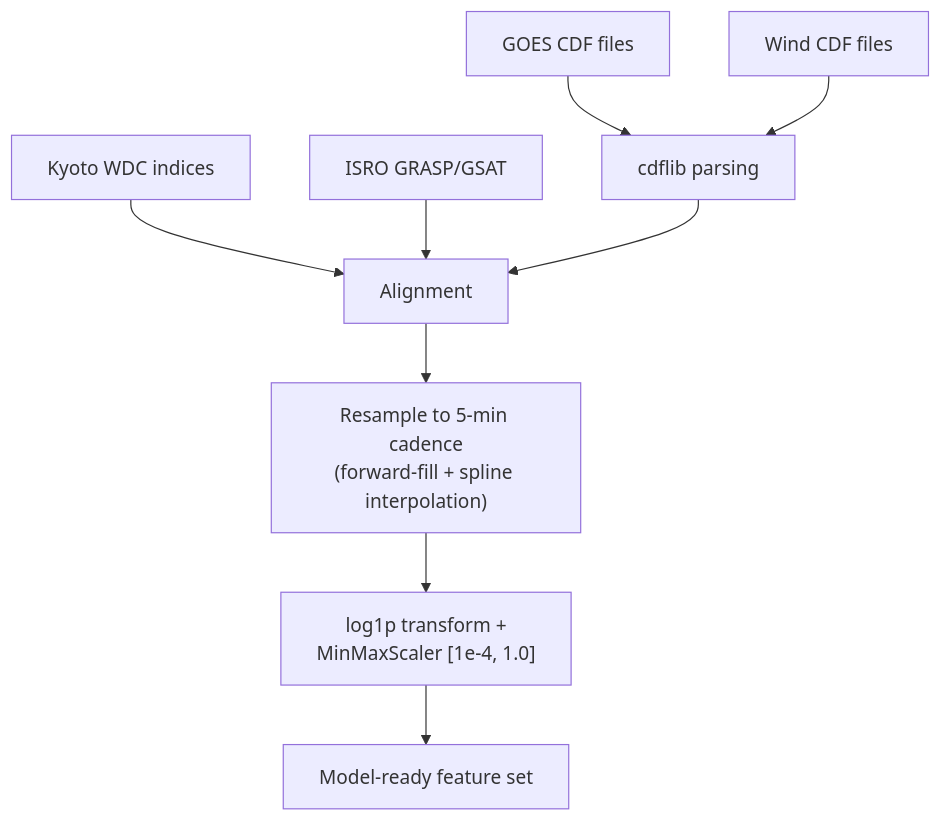
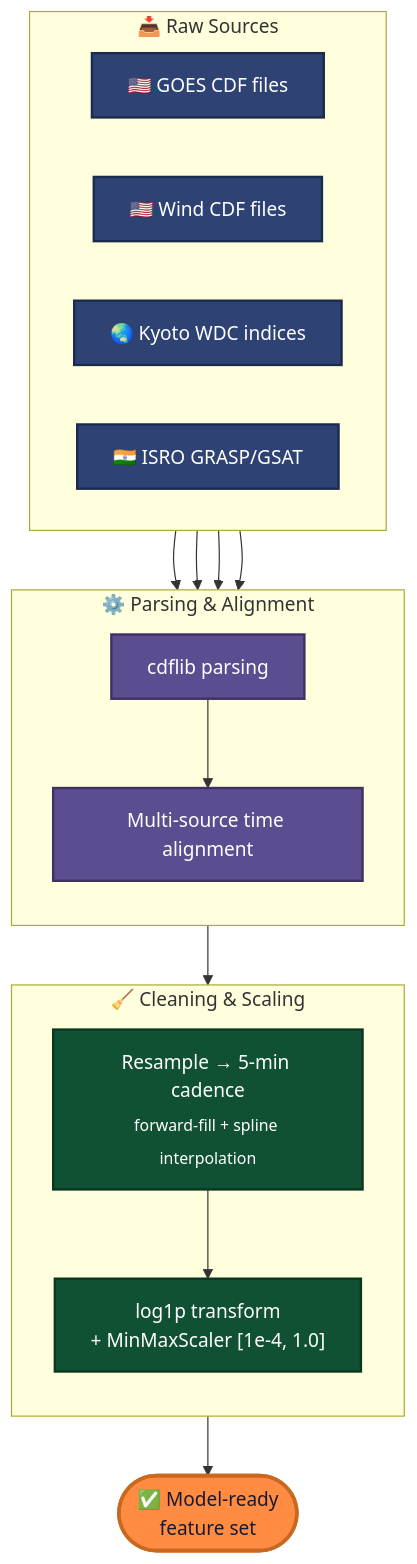
The second of 7 diagrams in README.md (mohit4901/PRAHARI), drawn with Mermaid before and after one commit. The commit also changed other lines of this file, not shown here.

````diff
--- a/README.md
+++ b/README.md
@@ -120,11 +145,43 @@
 ```mermaid
-flowchart TD
-    A[GOES CDF files] --> E[cdflib parsing]
-    B[Wind CDF files] --> E
-    C[Kyoto WDC indices] --> F[Alignment]
-    D[ISRO GRASP/GSAT] --> F
-    E --> F
-    F --> G["Resample to 5-min cadence<br>(forward-fill + spline interpolation)"]
-    G --> H["log1p transform +<br>MinMaxScaler [1e-4, 1.0]"]
-    H --> I[Model-ready feature set]
+flowchart TB
+    subgraph RAW["📥 Raw Sources"]
+        direction LR
+        A["🇺🇸 GOES CDF files"]
+        B["🇺🇸 Wind CDF files"]
+        C["🌏 Kyoto WDC indices"]
+        D["🇮🇳 ISRO GRASP/GSAT"]
+    end
+
+    subgraph PARSE["⚙️ Parsing & Alignment"]
+        direction TB
+        E["cdflib parsing"]
+        F["Multi-source time alignment"]
+        E --> F
+    end
+
+    subgraph CLEAN["🧹 Cleaning & Scaling"]
+        direction TB
+        G["Resample → 5-min cadence<br><sub>forward-fill + spline interpolation</sub>"]
+        H["log1p transform<br>+ MinMaxScaler [1e-4, 1.0]"]
+        G --> H
+    end
+
+    I(["✅ Model-ready<br>feature set"])
+
+    A --> E
+    B --> E
+    C --> F
+    D --> F
+    PARSE --> G
+    CLEAN --> I
+
+    classDef raw fill:#2E4374,color:#fff,stroke:#1a2b4d,stroke-width:2px
+    classDef process fill:#5C4D91,color:#fff,stroke:#3d3160,stroke-width:2px
+    classDef clean fill:#0F5132,color:#fff,stroke:#0a3622,stroke-width:2px
+    classDef out fill:#FF8C42,color:#1a1a2e,stroke:#c9691f,stroke-width:3px
+
+    class A,B,C,D raw
+    class E,F process
+    class G,H clean
+    class I out
 ```
````
